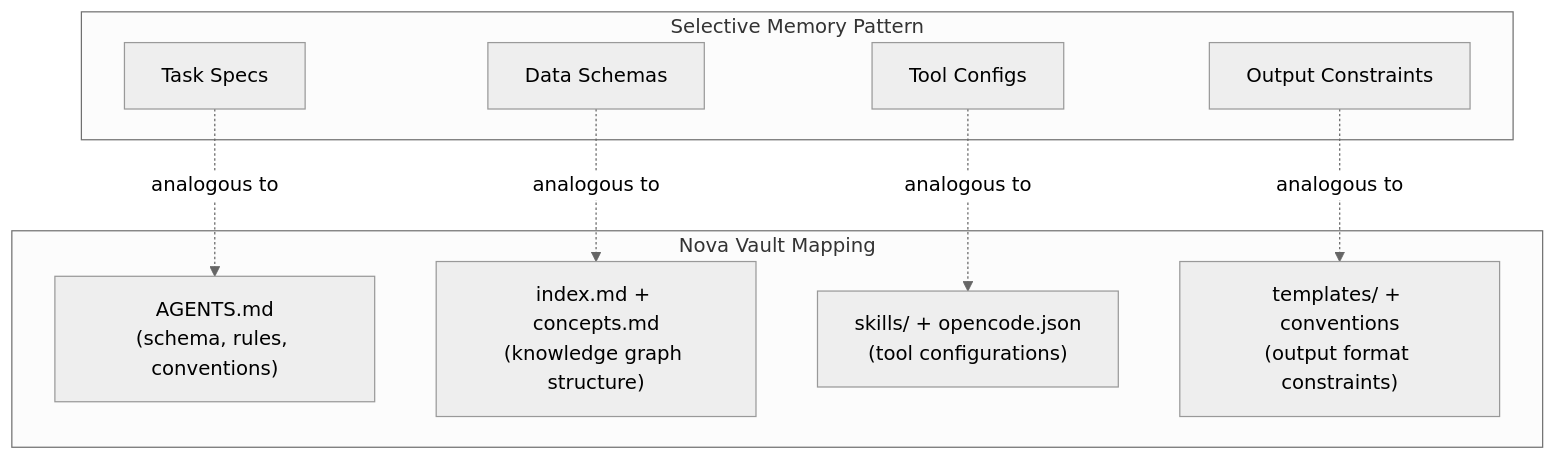
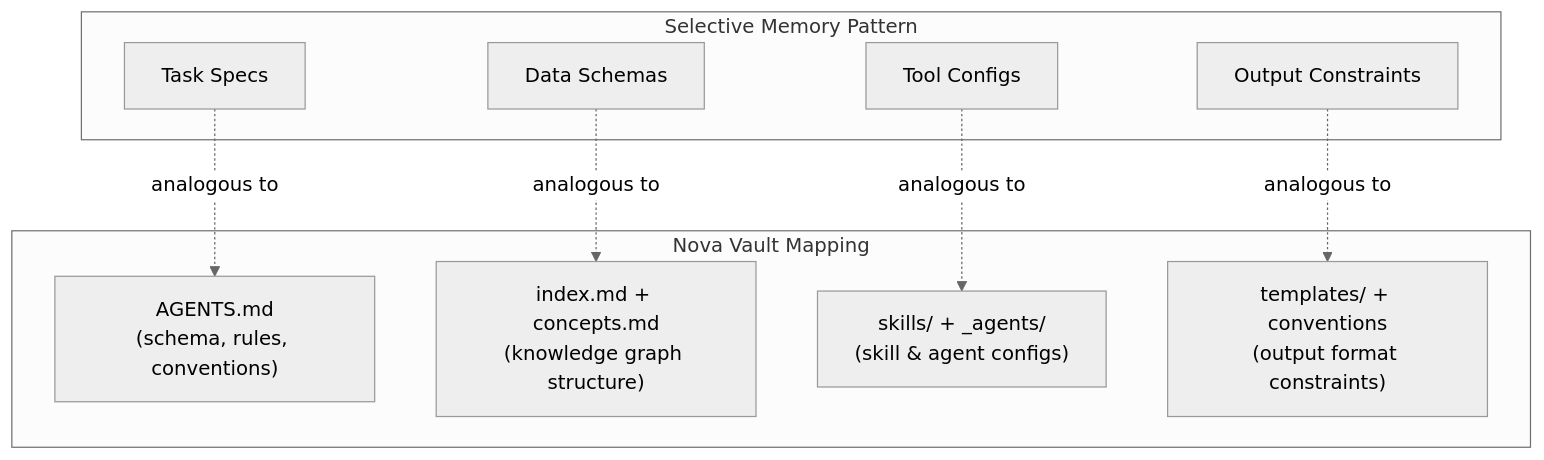
The fifth of 5 diagrams in concepts/selective-persistent-memory.md (hencter/Nova), drawn with Mermaid (neutral theme) before and after one commit. The commit also changed 16 other files, not shown here.

Commit message:
refactor: remove opencode compatibility layer — DSH-only vault (AGENTS.md v1.7.0)

````diff
--- a/concepts/selective-persistent-memory.md
+++ b/concepts/selective-persistent-memory.md
@@ -164,21 +164,21 @@
 ```mermaid
 graph TD
     subgraph "Selective Memory Pattern"
         SM1[Task Specs] 
         SM2[Data Schemas]
         SM3[Tool Configs]
         SM4[Output Constraints]
     end
 
     subgraph "Nova Vault Mapping"
         NV1["AGENTS.md<br/>(schema, rules, conventions)"]
         NV2["index.md + concepts.md<br/>(knowledge graph structure)"]
-        NV3["skills/ + opencode.json<br/>(tool configurations)"]
+        NV3["skills/ + _agents/<br/>(skill & agent configs)"]
         NV4["templates/ + conventions<br/>(output format constraints)"]
     end
 
     SM1 -.->|analogous to| NV1
     SM2 -.->|analogous to| NV2
     SM3 -.->|analogous to| NV3
     SM4 -.->|analogous to| NV4
 ```
````
